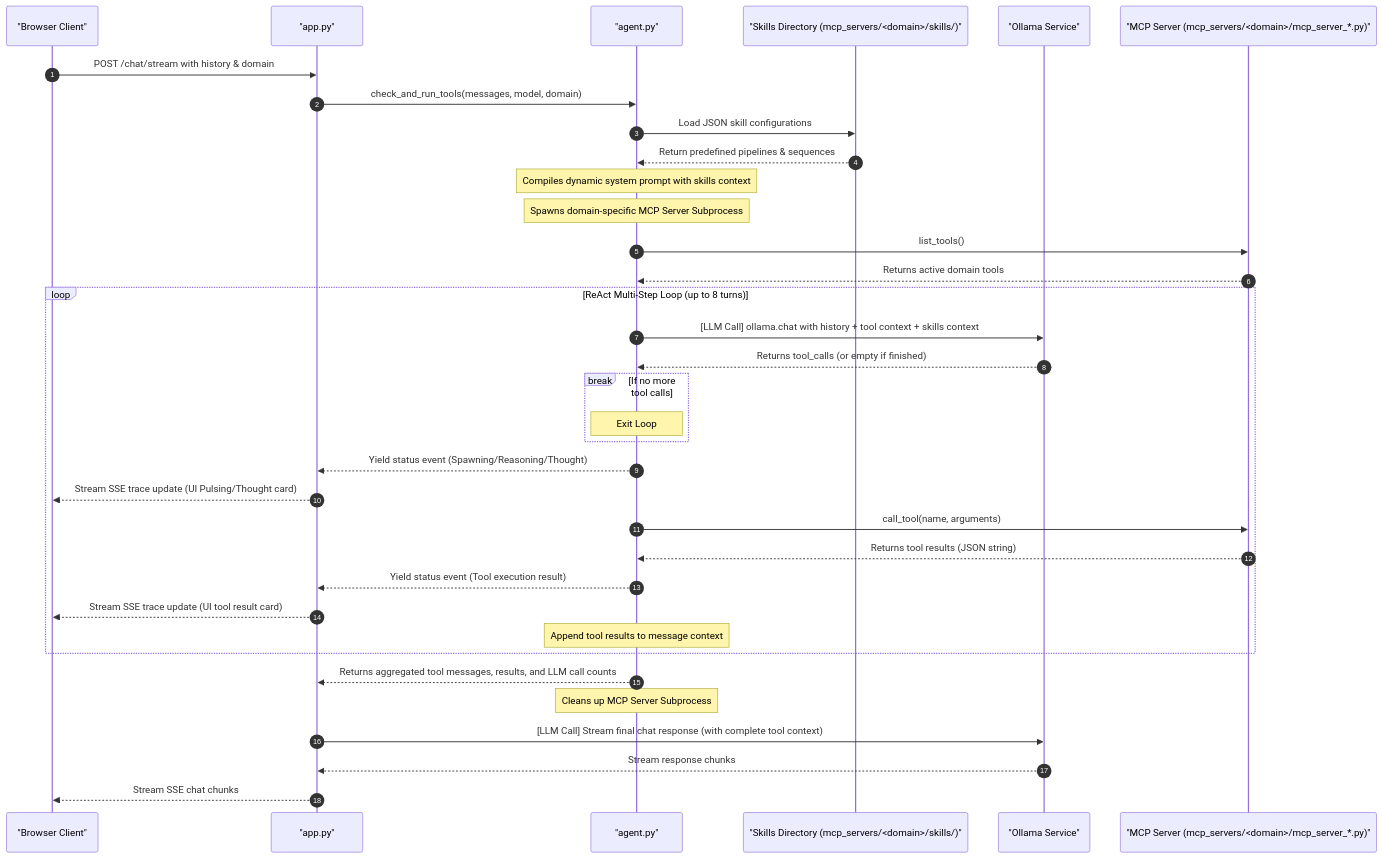
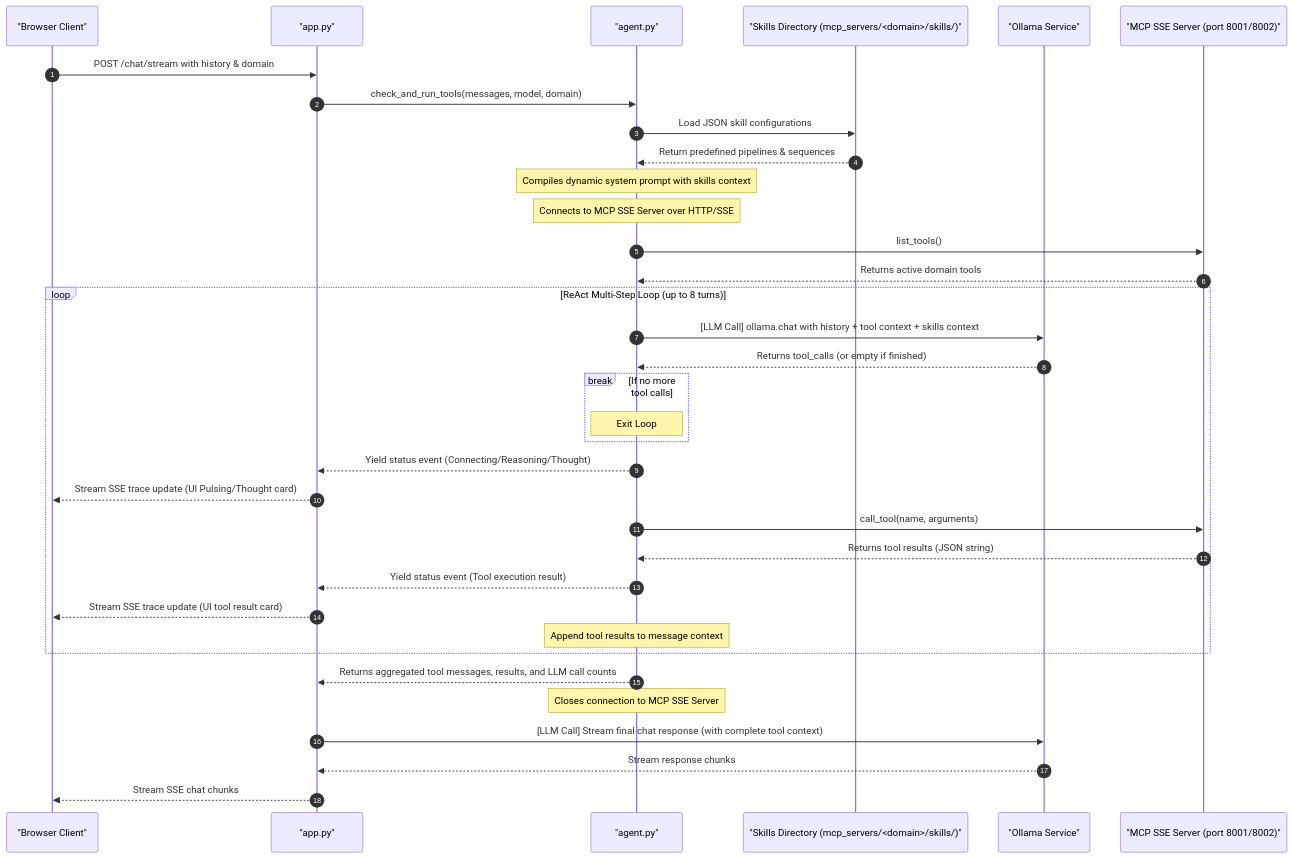
The second of 4 diagrams in README.md (vdonthireddy/ollama-gemma-agents-mcp-skills), drawn with Mermaid before and after one commit. The commit also changed other lines of this file and 7 other files, not shown here.

Commit message:
Migrate travel and party MCP servers to lightweight network-based HTTP/SSE transport model and optimize startup script

````diff
--- a/README.md
+++ b/README.md
@@ -42,40 +41,40 @@
 ```mermaid
 sequenceDiagram
     autonumber
     participant Client as "Browser Client"
     participant App as "app.py"
     participant Agent as "agent.py"
     participant Skills as "Skills Directory (mcp_servers/<domain>/skills/)"
     participant Ollama as "Ollama Service"
-    participant MCPServer as "MCP Server (mcp_servers/<domain>/mcp_server_*.py)"
+    participant MCPServer as "MCP SSE Server (port 8001/8002)"
 
     Client->>App: POST /chat/stream with history & domain
     App->>Agent: check_and_run_tools(messages, model, domain)
     Agent->>Skills: Load JSON skill configurations
     Skills-->>Agent: Return predefined pipelines & sequences
     Note over Agent: Compiles dynamic system prompt with skills context
-    Note over Agent: Spawns domain-specific MCP Server Subprocess
+    Note over Agent: Connects to MCP SSE Server over HTTP/SSE
     Agent->>MCPServer: list_tools()
     MCPServer-->>Agent: Returns active domain tools
     
     loop ReAct Multi-Step Loop (up to 8 turns)
         Agent->>Ollama: [LLM Call] ollama.chat with history + tool context + skills context
         Ollama-->>Agent: Returns tool_calls (or empty if finished)
         break If no more tool calls
             Note over Agent: Exit Loop
         end
-        Agent-->>App: Yield status event (Spawning/Reasoning/Thought)
+        Agent-->>App: Yield status event (Connecting/Reasoning/Thought)
         App-->>Client: Stream SSE trace update (UI Pulsing/Thought card)
         Agent->>MCPServer: call_tool(name, arguments)
         MCPServer-->>Agent: Returns tool results (JSON string)
         Agent-->>App: Yield status event (Tool execution result)
         App-->>Client: Stream SSE trace update (UI tool result card)
         Note over Agent: Append tool results to message context
     end
     
     Agent-->>App: Returns aggregated tool messages, results, and LLM call counts
-    Note over Agent: Cleans up MCP Server Subprocess
+    Note over Agent: Closes connection to MCP SSE Server
     App->>Ollama: [LLM Call] Stream final chat response (with complete tool context)
     Ollama-->>App: Stream response chunks
     App-->>Client: Stream SSE chat chunks
 ```
````
